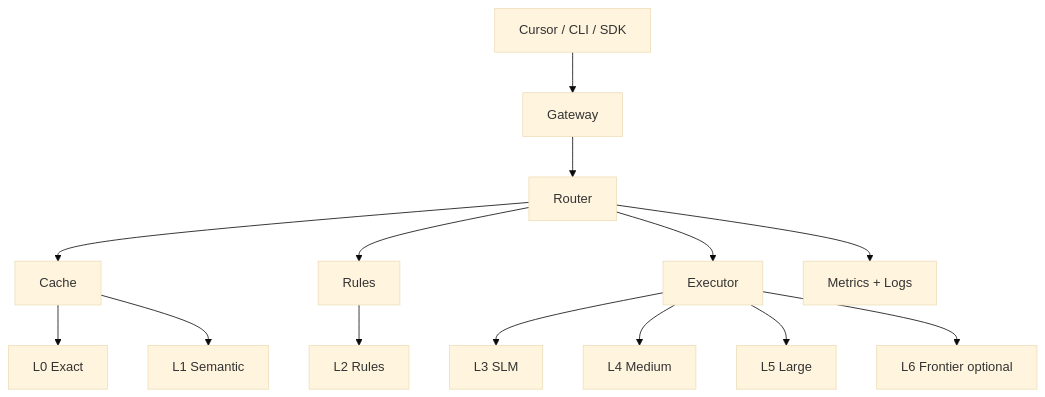
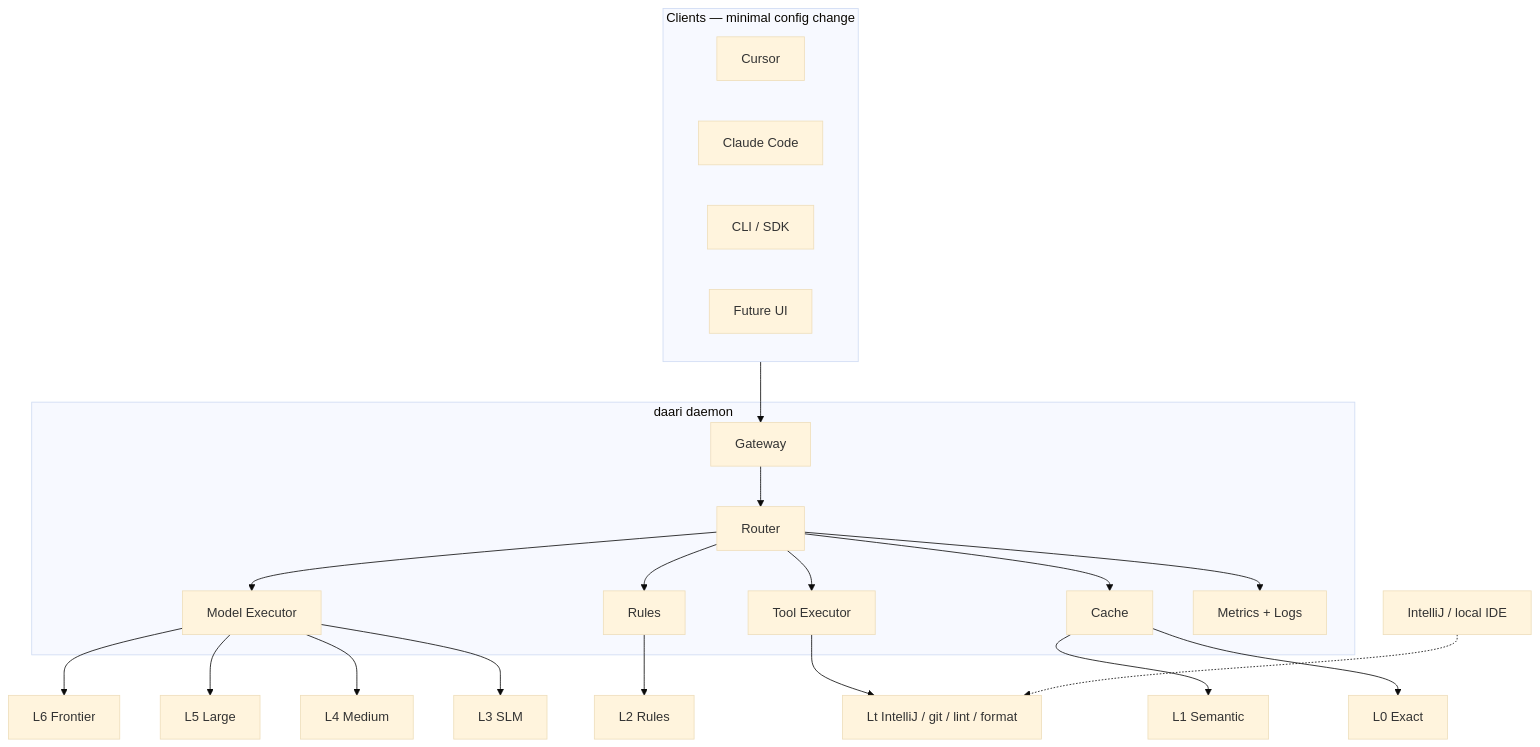
The diagram in docs/prd/PRD.md (naveenreddyalka/daari), drawn with Mermaid (base theme) before and after one commit. The commit also changed other lines of this file and 9 other files, not shown here.

````diff
--- a/docs/prd/PRD.md
+++ b/docs/prd/PRD.md
@@ -139,16 +240,31 @@
 ```mermaid
 flowchart TB
-    Client[Cursor / CLI / SDK] --> Gateway
-    Gateway --> Router
-    Router --> Cache
-    Router --> Rules
-    Router --> Executor
+    subgraph clients [Clients — minimal config change]
+        Cursor
+        ClaudeCode[Claude Code]
+        CLI[CLI / SDK]
+        UI[Future UI]
+    end
+
+    clients --> Gateway
+
+    subgraph daari [daari daemon]
+        Gateway --> Router
+        Router --> Cache
+        Router --> Rules
+        Router --> Tools[Tool Executor]
+        Router --> Models[Model Executor]
+        Router --> Obs[Metrics + Logs]
+    end
+
     Cache --> L0[L0 Exact]
     Cache --> L1[L1 Semantic]
     Rules --> L2[L2 Rules]
-    Executor --> L3[L3 SLM]
-    Executor --> L4[L4 Medium]
-    Executor --> L5[L5 Large]
-    Executor --> L6[L6 Frontier optional]
-    Router --> Obs[Metrics + Logs]
+    Tools --> Lt[Lt IntelliJ / git / lint / format]
+    Models --> L3[L3 SLM]
+    Models --> L4[L4 Medium]
+    Models --> L5[L5 Large]
+    Models --> L6[L6 Frontier]
+
+    IntelliJ[IntelliJ / local IDE] -.-> Lt
 ```
````
